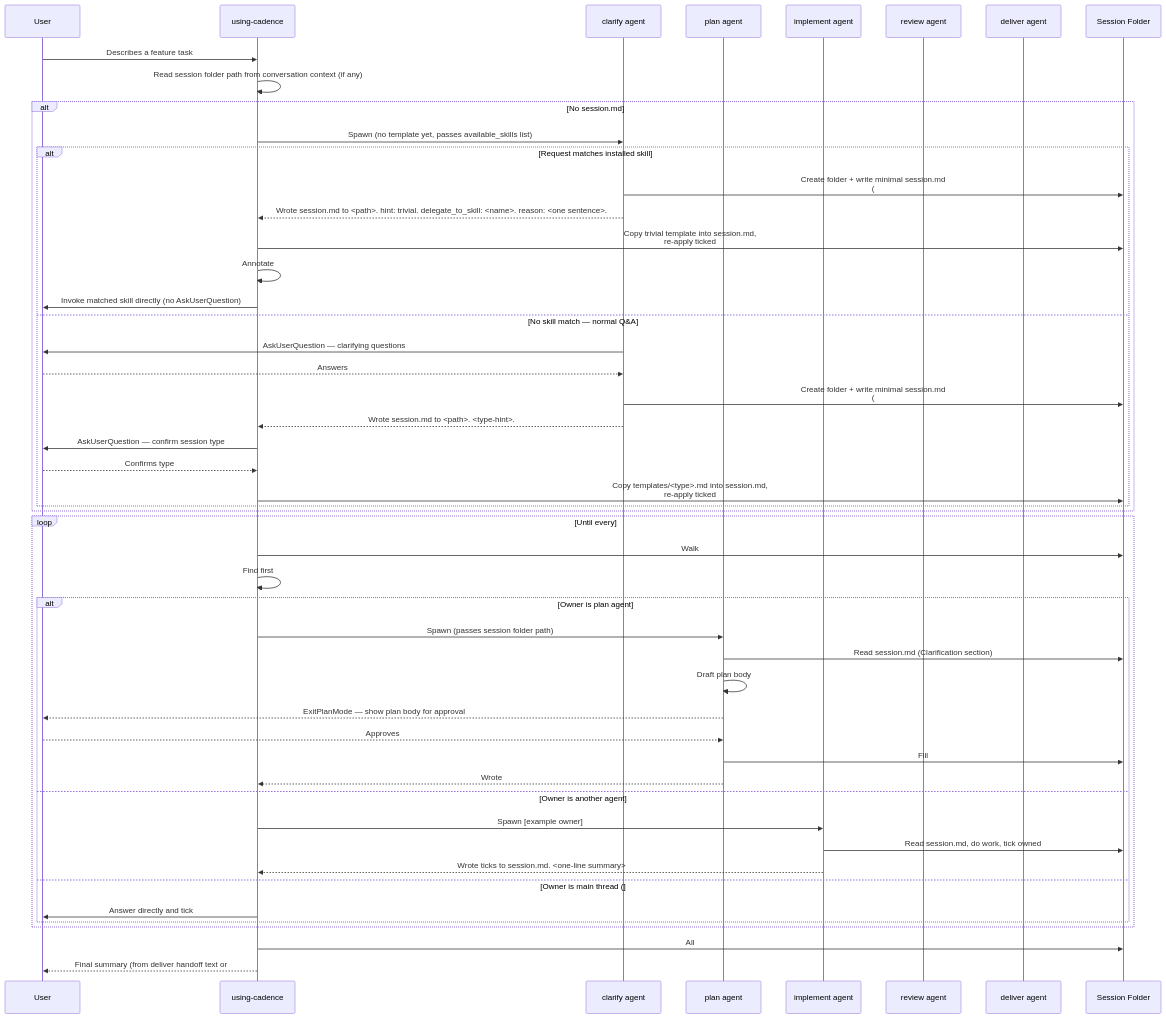
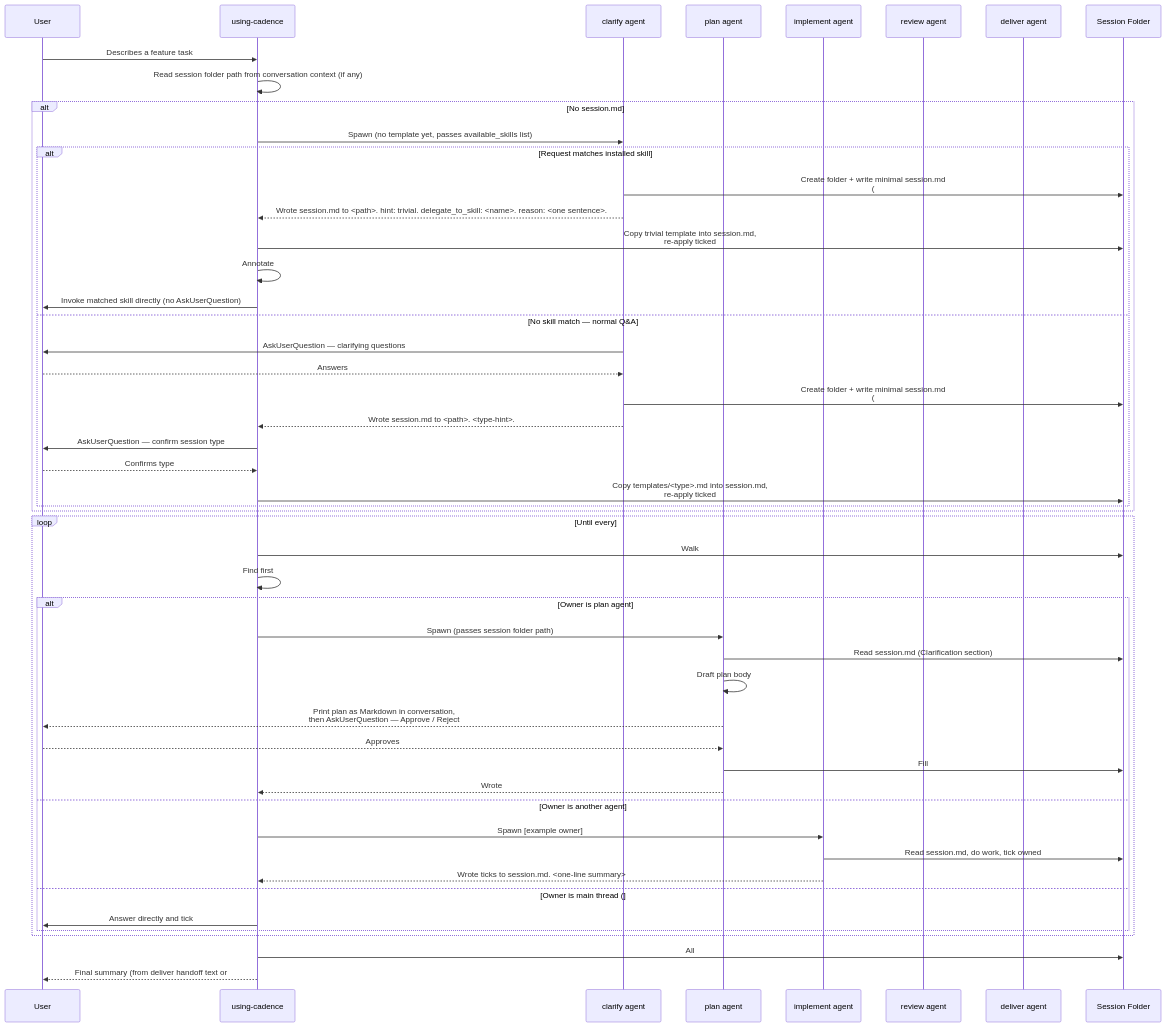
One commit to vivaxy/claude-code-plugin-graph-driven-development changed the diagram in plugins/cadence/docs/c4-seq-execution.md. Above: the diagram before and after it, drawn with Mermaid. The commit also changed other lines of this file and 5 other files, not shown here.

First line of the commit message:
feat(cadence): replace EnterPlanMode/ExitPlanMode with AskUserQuestion in plan agent

````diff
--- a/plugins/cadence/docs/c4-seq-execution.md
+++ b/plugins/cadence/docs/c4-seq-execution.md
@@ -9,55 +9,55 @@
 ```mermaid
 sequenceDiagram
   participant User
   participant Routing as using-cadence
   participant Clarify as clarify agent
   participant Plan as plan agent
   participant Impl as implement agent
   participant Review as review agent
   participant Deliver as deliver agent
   participant Folder as Session Folder
 
   User->>Routing: Describes a feature task
   Routing->>Routing: Read session folder path from conversation context (if any)
   alt No session.md
     Routing->>Clarify: Spawn (no template yet, passes available_skills list)
     alt Request matches installed skill
       Clarify->>Folder: Create folder + write minimal session.md<br>(### Clarification ticked, ## Clarification body filled)
       Clarify-->>Routing: Wrote session.md to <path>. hint: trivial. delegate_to_skill: <name>. reason: <one sentence>.
       Routing->>Folder: Copy trivial template into session.md,<br>re-apply ticked ### Clarification + filled ## Clarification body
       Routing->>Routing: Annotate ### Answer item with "invoke <skill-name>"
       Routing->>User: Invoke matched skill directly (no AskUserQuestion)
     else No skill match — normal Q&A
       Clarify->>User: AskUserQuestion — clarifying questions
       User-->>Clarify: Answers
       Clarify->>Folder: Create folder + write minimal session.md<br>(### Clarification ticked, ## Clarification body filled)
       Clarify-->>Routing: Wrote session.md to <path>. <type-hint>.
       Routing->>User: AskUserQuestion — confirm session type
       User-->>Routing: Confirms type
       Routing->>Folder: Copy templates/<type>.md into session.md,<br>re-apply ticked ### Clarification + filled ## Clarification body
     end
   end
 
   loop Until every ### sub-section under ## CheckList is fully ticked
     Routing->>Folder: Walk ## CheckList top-to-bottom
     Routing->>Routing: Find first ### Sub-section with any unchecked item; look up owner
     alt Owner is plan agent
       Routing->>Plan: Spawn (passes session folder path)
       Plan->>Folder: Read session.md (Clarification section)
       Plan->>Plan: Draft plan body
-      Plan-->>User: ExitPlanMode — show plan body for approval
+      Plan-->>User: Print plan as Markdown in conversation,<br>then AskUserQuestion — Approve / Reject
       User-->>Plan: Approves
       Plan->>Folder: Fill ## Plan blanks, populate ### Implementation work items, tick ### Plan
       Plan-->>Routing: Wrote ## Plan to session.md. <one-line summary>
     else Owner is another agent
       Routing->>Impl: Spawn [example owner]
       Impl->>Folder: Read session.md, do work, tick owned ### sub-section, fill matching ## body
       Impl-->>Routing: Wrote ticks to session.md. <one-line summary>
     else Owner is main thread (### Answer)
       Routing->>User: Answer directly and tick ### Answer items
     end
   end
 
   Routing->>Folder: All ### sub-sections ticked — pick terminal output (deliver agent handoff for build/analysis sessions, ## Answer body for trivial sessions)
   Routing-->>User: Final summary (from deliver handoff text or ## Answer body — never read from a ### Final Summary block)
 ```
````
